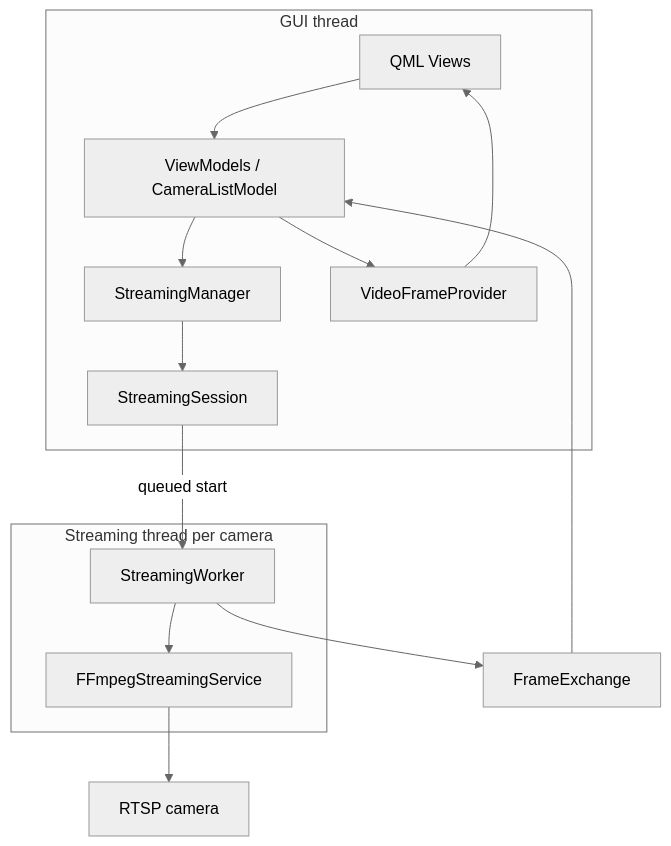
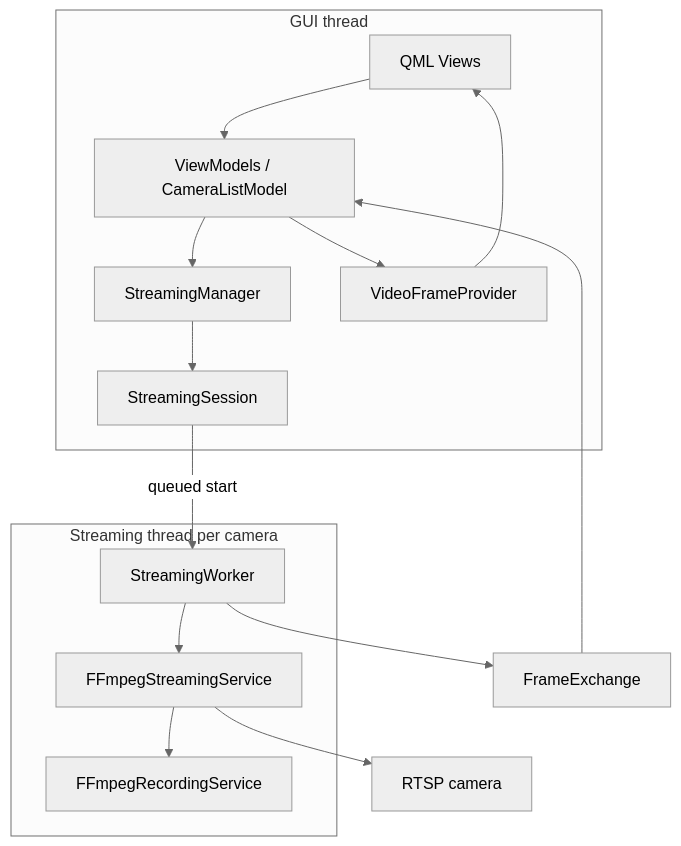
Before and after one commit to omar2h/video-analytics-platform: the diagram in README.md, drawn with Mermaid (neutral theme). The commit also changed other lines of this file and 6 other files, not shown here.

Commit message:
docs: document v1.8 recording architecture

````diff
--- a/README.md
+++ b/README.md
@@ -50,26 +53,28 @@
 ```mermaid
 flowchart TB
     subgraph GUI[GUI thread]
         QML[QML Views]
         VM[ViewModels / CameraListModel]
         SM[StreamingManager]
         SS[StreamingSession]
         IP[VideoFrameProvider]
         QML --> VM
         VM --> SM
         SM --> SS
         VM --> IP
     end
 
     subgraph Worker[Streaming thread per camera]
         SW[StreamingWorker]
         FF[FFmpegStreamingService]
+        RS[FFmpegRecordingService]
         SW --> FF
+        FF --> RS
     end
 
     SS -->|queued start| SW
     FF --> RTSP[RTSP camera]
     SW --> FE[FrameExchange]
     FE --> VM
     IP --> QML
 ```
````
